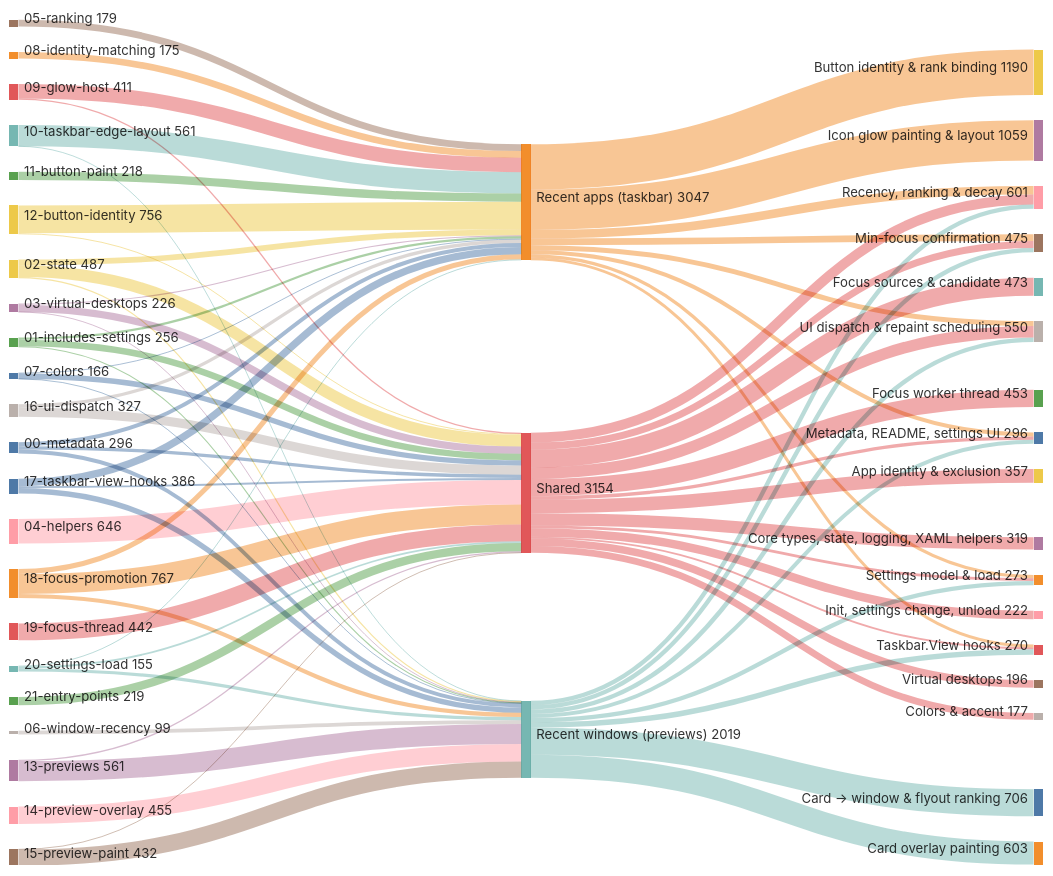
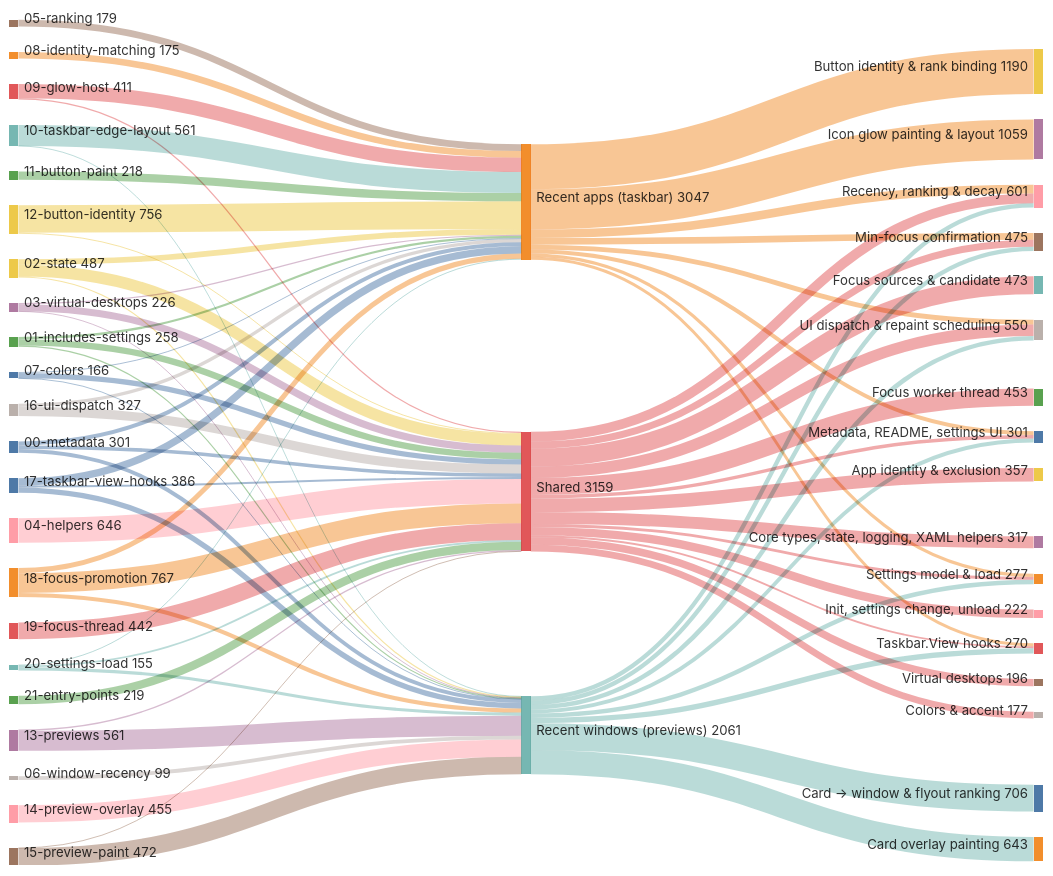
One commit to jvlasek/taskbar-recent-focus-highlight changed the second of 5 diagrams in doc/code/code-breakdown.md. Above: the diagram before and after it, drawn with Mermaid. The commit also changed other lines of this file and 8 other files, not shown here.

````diff
--- a/doc/code/code-breakdown.md
+++ b/doc/code/code-breakdown.md
@@ -38,11 +38,11 @@
 ---
 sankey-beta
 00-metadata,"Recent apps (taskbar)",105
-00-metadata,"Shared",88
+00-metadata,"Shared",93
 00-metadata,"Recent windows (previews)",103
 01-includes-settings,"Recent apps (taskbar)",59
 01-includes-settings,"Shared",169
-01-includes-settings,"Recent windows (previews)",28
+01-includes-settings,"Recent windows (previews)",30
 02-state,"Recent apps (taskbar)",150
 02-state,"Shared",306
 02-state,"Recent windows (previews)",31
@@ -67,7 +67,7 @@
 13-previews,"Recent windows (previews)",528
 14-preview-overlay,"Recent windows (previews)",455
 15-preview-paint,"Shared",4
-15-preview-paint,"Recent windows (previews)",428
+15-preview-paint,"Recent windows (previews)",468
 16-ui-dispatch,"Recent apps (taskbar)",87
 16-ui-dispatch,"Shared",240
 17-taskbar-view-hooks,"Recent apps (taskbar)",193
@@ -92,22 +92,22 @@
 "Shared","Focus sources & candidate",473
 "Shared","Focus worker thread",453
 "Shared","App identity & exclusion",357
-"Shared","Core types, state, logging, XAML helpers",319
+"Shared","Core types, state, logging, XAML helpers",317
 "Shared","UI dispatch & repaint scheduling",300
 "Shared","Recency, ranking & decay",261
 "Shared","Init, settings change, unload",222
 "Shared","Virtual desktops",196
 "Shared","Min-focus confirmation",185
 "Shared","Colors & accent",177
-"Shared","Metadata, README, settings UI",88
-"Shared","Settings model & load",73
+"Shared","Metadata, README, settings UI",93
+"Shared","Settings model & load",75
 "Shared","Taskbar.View hooks",50
 "Recent windows (previews)","Card -> window & flyout ranking",706
-"Recent windows (previews)","Card overlay painting",603
+"Recent windows (previews)","Card overlay painting",643
 "Recent windows (previews)","Taskbar.View hooks",143
 "Recent windows (previews)","UI dispatch & repaint scheduling",121
+"Recent windows (previews)","Settings model & load",117
 "Recent windows (previews)","Min-focus confirmation",115
-"Recent windows (previews)","Settings model & load",115
 "Recent windows (previews)","Recency, ranking & decay",113
 "Recent windows (previews)","Metadata, README, settings UI",103
 ```
````
